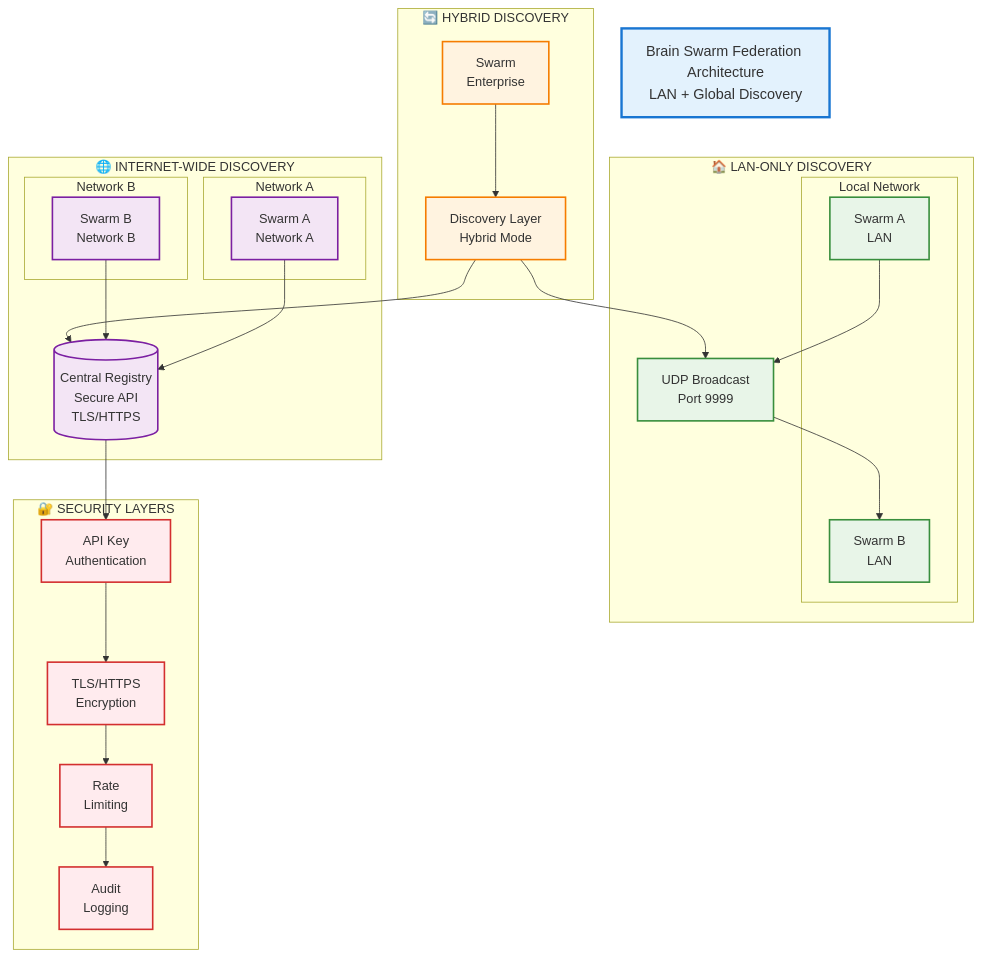
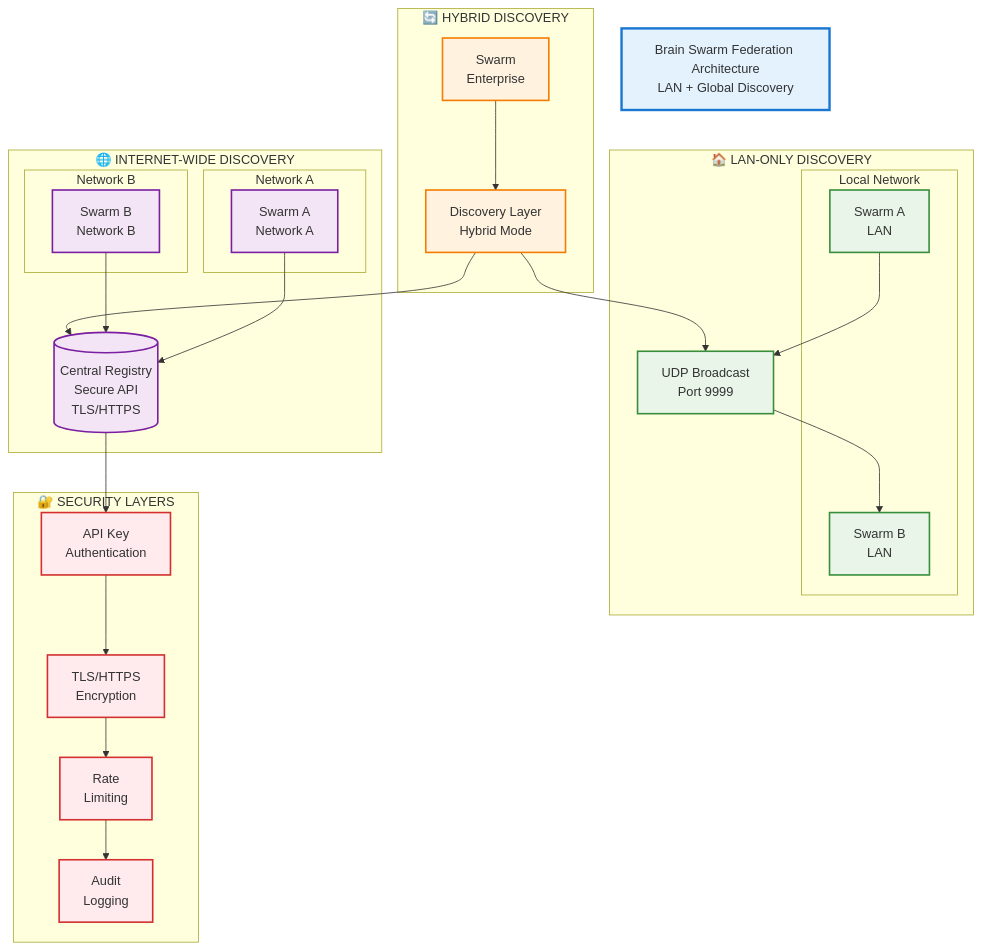
The diagram in architecture_diagram_simple.mmd (jfbinTECHA/brain-swarm), drawn with Mermaid before and after one commit. The commit also changed 132 other files, not shown here.

```diff
--- a/architecture_diagram_simple.mmd
+++ b/architecture_diagram_simple.mmd
@@ -1,65 +1,65 @@
 graph TB
     %% Title
     TITLE[Brain Swarm Federation Architecture<br/>LAN + Global Discovery]
 
     %% Main Architecture
     subgraph "🌐 INTERNET-WIDE DISCOVERY"
         subgraph "Network A"
             SWARM_A[Swarm A<br/>Network A]
         end
 
         subgraph "Network B"
             SWARM_B[Swarm B<br/>Network B]
         end
 
         REGISTRY[(Central Registry<br/>Secure API<br/>TLS/HTTPS)]
     end
 
     subgraph "🏠 LAN-ONLY DISCOVERY"
         subgraph "Local Network"
             SWARM_LAN_A[Swarm A<br/>LAN]
             SWARM_LAN_B[Swarm B<br/>LAN]
         end
         UDP_BROADCAST[UDP Broadcast<br/>Port 9999]
     end
 
     subgraph "🔄 HYBRID DISCOVERY"
         SWARM_HYB[Swarm<br/>Enterprise]
         HYBRID_DISC[Discovery Layer<br/>Hybrid Mode]
     end
 
     %% Security Components
     subgraph "🔐 SECURITY LAYERS"
         API_AUTH[API Key<br/>Authentication]
         TLS_ENCRYPT[TLS/HTTPS<br/>Encryption]
         RATE_LIMIT[Rate<br/>Limiting]
         AUDIT_LOG[Audit<br/>Logging]
     end
 
     %% Connections
     SWARM_A --> REGISTRY
     SWARM_B --> REGISTRY
     REGISTRY --> API_AUTH
     API_AUTH --> TLS_ENCRYPT
     TLS_ENCRYPT --> RATE_LIMIT
     RATE_LIMIT --> AUDIT_LOG
 
     SWARM_LAN_A --> UDP_BROADCAST
     UDP_BROADCAST --> SWARM_LAN_B
 
     SWARM_HYB --> HYBRID_DISC
     HYBRID_DISC --> UDP_BROADCAST
     HYBRID_DISC --> REGISTRY
 
     %% Styling
-    classDef titleClass fill:#e3f2fd,stroke:#1976d2,stroke-width:3px,font-size:18px
+    classDef titleClass fill:#e3f2fd,stroke:#1976d2,stroke-width:3px
     classDef internetClass fill:#f3e5f5,stroke:#7b1fa2,stroke-width:2px
     classDef lanClass fill:#e8f5e8,stroke:#388e3c,stroke-width:2px
     classDef hybridClass fill:#fff3e0,stroke:#f57c00,stroke-width:2px
     classDef securityClass fill:#ffebee,stroke:#d32f2f,stroke-width:2px
 
     class TITLE titleClass
     class SWARM_A,SWARM_B,REGISTRY internetClass
     class SWARM_LAN_A,SWARM_LAN_B,UDP_BROADCAST lanClass
     class SWARM_HYB,HYBRID_DISC hybridClass
     class API_AUTH,TLS_ENCRYPT,RATE_LIMIT,AUDIT_LOG securityClass
```
